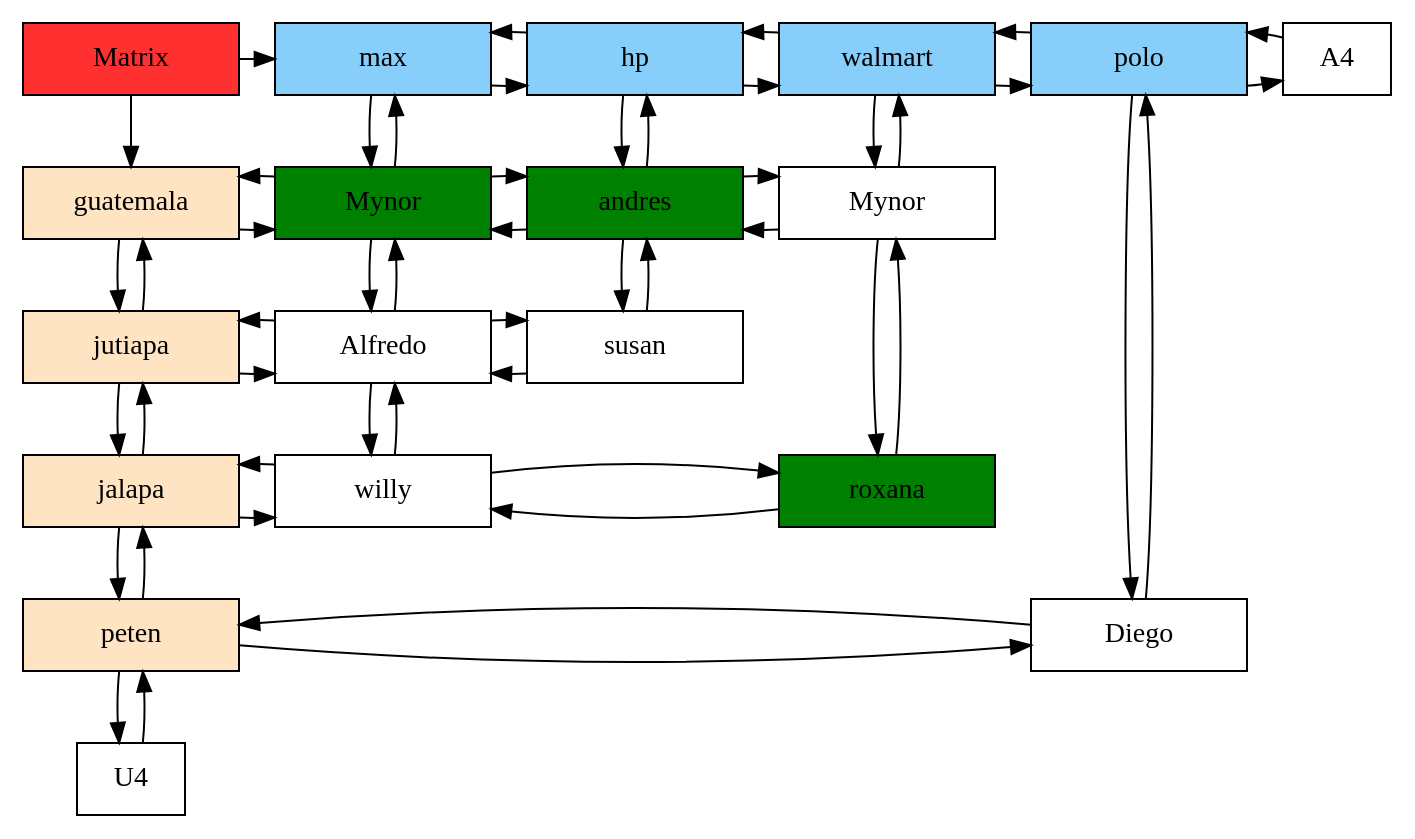
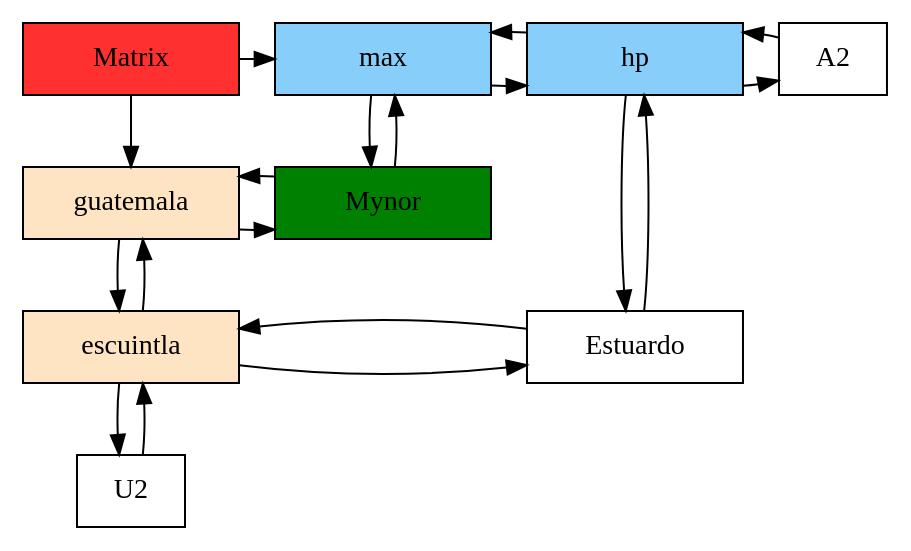
One commit to MEFM/SistemaDeRentas changed the diagram in Matriz.dot. Above: the diagram before and after it, drawn with Graphviz. The commit also changed 29 other files, not shown here.

```diff
--- a/Matriz.dot
+++ b/Matriz.dot
@@ -1,88 +1,42 @@
 digraph a{
 node[shape=box];
-C010F66B0[ label = "Matrix", width = 1.5, style = filled, fillcolor = firebrick1, group = 1 ];
+C01566848[ label = "Matrix", width = 1.5, style = filled, fillcolor = firebrick1, group = 1 ];
 U0 [label = "guatemala"    pos = "5.3, 3.5!" width = 1.5 style = filled, fillcolor = bisque1, group = 1 ];
-U1 [label = "jutiapa"    pos = "5.3, 3.5!" width = 1.5 style = filled, fillcolor = bisque1, group = 1 ];
-U2 [label = "jalapa"    pos = "5.3, 3.5!" width = 1.5 style = filled, fillcolor = bisque1, group = 1 ];
-U3 [label = "peten"    pos = "5.3, 3.5!" width = 1.5 style = filled, fillcolor = bisque1, group = 1 ];
-C010F66B0->U0
+U1 [label = "escuintla"    pos = "5.3, 3.5!" width = 1.5 style = filled, fillcolor = bisque1, group = 1 ];
+C01566848->U0
 U0-> U1
 U1-> U0
 U1-> U2
 U2-> U1
-U2-> U3
-U3-> U2
-U3-> U4
-U4-> U3
 
 
 A0 [label = max   width = 1.5 style = filled, fillcolor = lightskyblue, group = 2 ];
 A1 [label = hp   width = 1.5 style = filled, fillcolor = lightskyblue, group = 3 ];
-A2 [label = walmart   width = 1.5 style = filled, fillcolor = lightskyblue, group = 4 ];
-A3 [label = polo   width = 1.5 style = filled, fillcolor = lightskyblue, group = 5 ];
-C010F66B0->A0
+C01566848->A0
 A0-> A1
 A1-> A0
 A1-> A2
 A2-> A1
-A2-> A3
-A3-> A2
-A3-> A4
-A4-> A3
 {rank = same;
-C010F66B0;
+C01566848;
 A0;
 A1;
 A2;
-A3;
-A4;
 }
 
 
 N0[label ="Mynor" width = 1.5,style = filled, fillcolor = green, group =2];
-N1[label ="andres" width = 1.5,style = filled, fillcolor = green, group =3];
-N2[label ="Mynor" width = 1.5, group =4];
-N3[label ="Alfredo" width = 1.5, group =2];
-N4[label ="susan" width = 1.5, group =3];
-N5[label ="willy" width = 1.5, group =2];
-N6[label ="roxana" width = 1.5,style = filled, fillcolor = green, group =4];
-N7[label ="Diego" width = 1.5, group =5];
+N1[label ="Estuardo" width = 1.5, group =3];
 
 U0->N0;
 N0->U0;
 A0->N0;
 N0->A0;
-N1->N0;
-N0->N1;
+U1->N1;
+N1->U1;
 A1->N1;
 N1->A1;
-N2->N1;
-N1->N2;
-A2->N2;
-N2->A2;
-U1->N3;
-N3->U1;
-N3->N0;
-N0->N3;
-N4->N3;
-N3->N4;
-N4->N1;
-N1->N4;
-U2->N5;
-N5->U2;
-N5->N3;
-N3->N5;
-N6->N5;
-N5->N6;
-N6->N2;
-N2->N6;
-U3->N7;
-N7->U3;
-A3->N7;
-N7->A3;
 
-{rank = same;U0;N0;N1;N2;}
-{rank = same;U1;N3;N4;}
-{rank = same;U2;N5;N6;}
-{rank = same;U3;N7;}
+{rank = same;U0;N0;}
+{rank = same;U1;N1;}
 }
```
